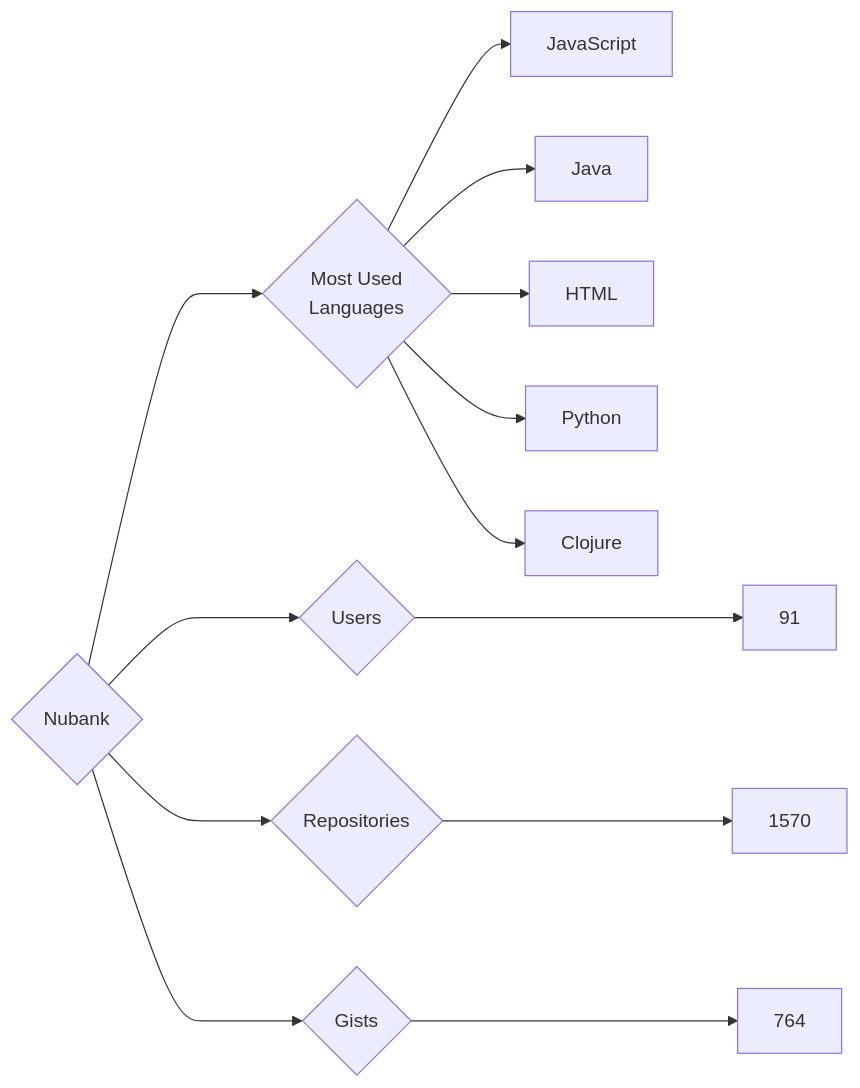
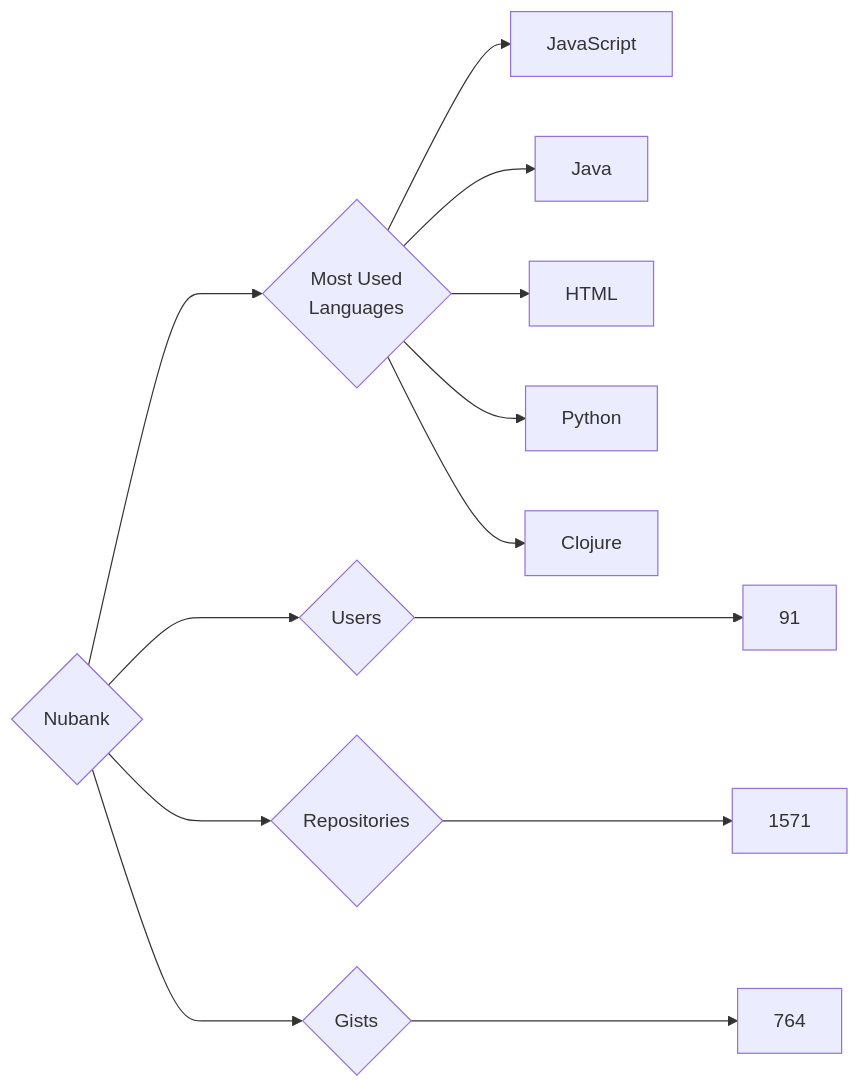
Before and after one commit to trickest/insiders: the diagram in targets/Nubank/README.md, drawn with Mermaid. The commit also changed 534 other files, not shown here.

````diff
--- a/targets/Nubank/README.md
+++ b/targets/Nubank/README.md
@@ -3,13 +3,13 @@
 ```mermaid
 graph LR
 COMPANY_NAME{Nubank}
 COMPANY_NAME ---> U{Users} ---> UN[91]
-COMPANY_NAME ---> R{Repositories} ---> RN[1570]
+COMPANY_NAME ---> R{Repositories} ---> RN[1571]
 COMPANY_NAME ---> G{Gists} ---> GN[764]
 COMPANY_NAME ---> ML{Most Used<br>Languages}
 ML --> JavaScript[JavaScript]
 ML --> Java[Java]
 ML --> HTML[HTML]
 ML --> Python[Python]
 ML --> Clojure[Clojure]
 ```
````
